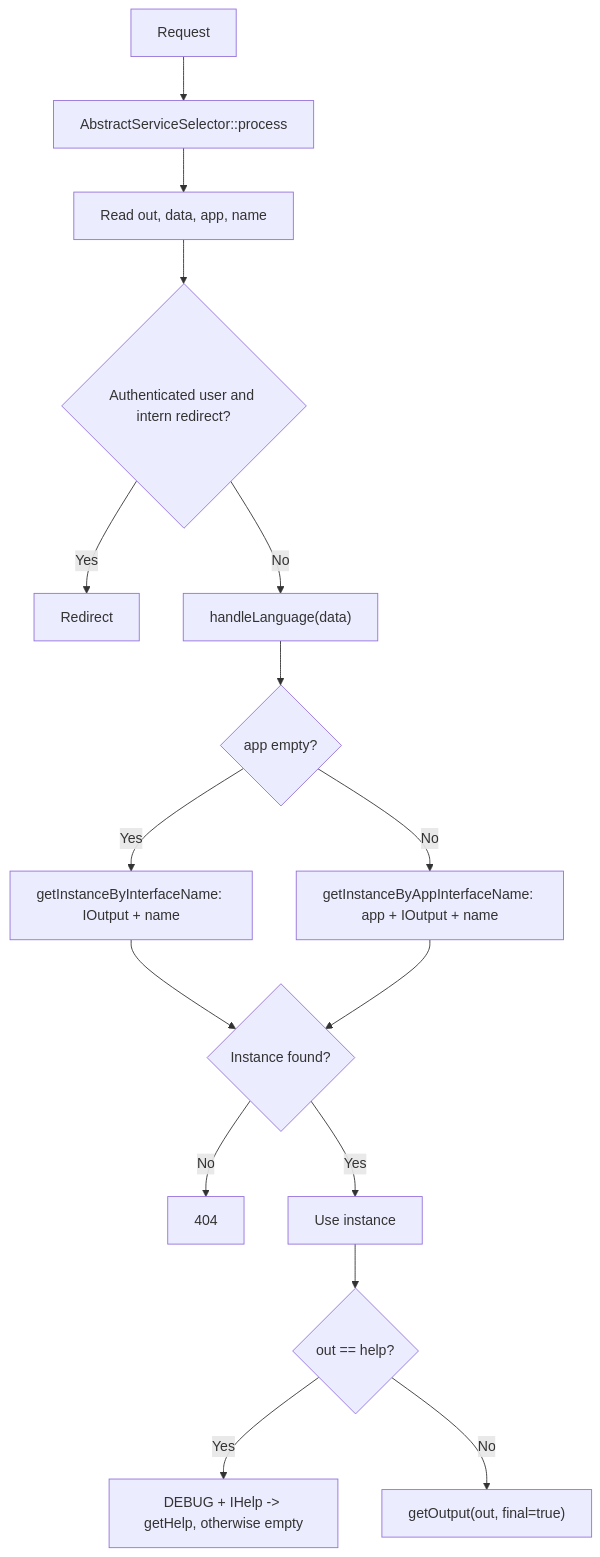
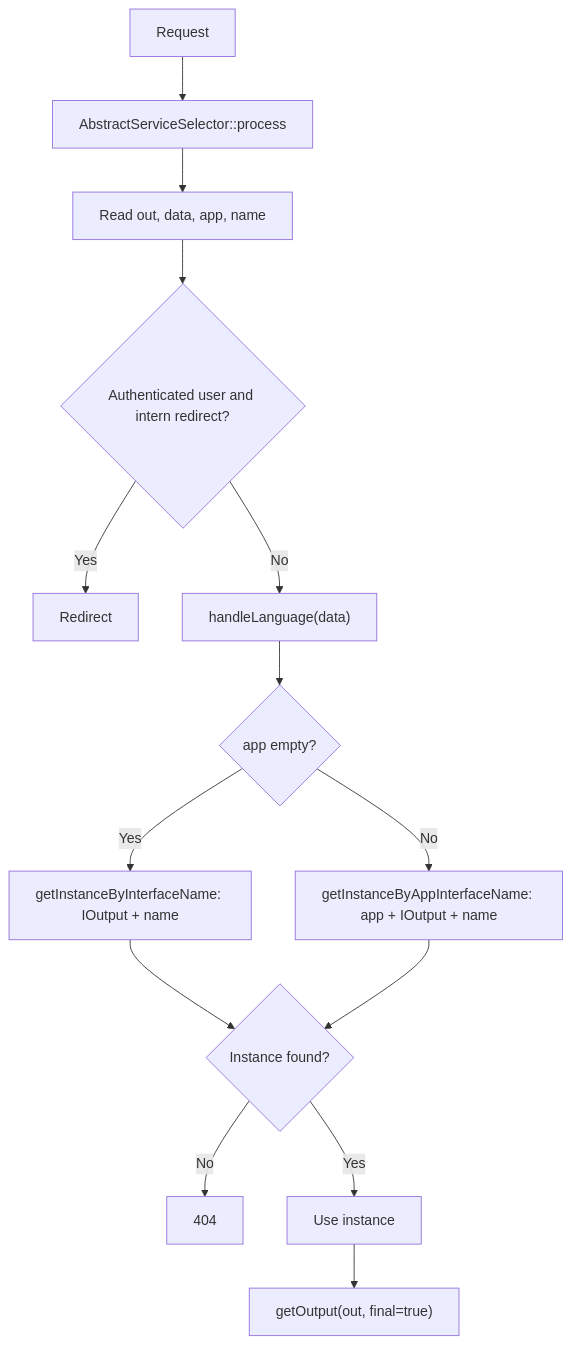
Before and after one commit to ddbase3/Base3Framework: the second of 14 diagrams in docs/routing.md, drawn with Mermaid. The commit also changed other lines of this file and 6 other files, not shown here.

````diff
--- a/docs/routing.md
+++ b/docs/routing.md
@@ -186,18 +184,16 @@
 ```mermaid
 flowchart TD
 	A["Request"] --> B["AbstractServiceSelector::process"]
 	B --> C["Read out, data, app, name"]
 	C --> D{"Authenticated user and intern redirect?"}
 	D -->|"Yes"| E["Redirect"]
 	D -->|"No"| F["handleLanguage(data)"]
 	F --> G{"app empty?"}
 	G -->|"Yes"| H["getInstanceByInterfaceName: IOutput + name"]
 	G -->|"No"| I["getInstanceByAppInterfaceName: app + IOutput + name"]
 	H --> J{"Instance found?"}
 	I --> J
 	J -->|"No"| K["404"]
 	J -->|"Yes"| L["Use instance"]
-	L --> M{"out == help?"}
-	M -->|"Yes"| N["DEBUG + IHelp -> getHelp, otherwise empty"]
-	M -->|"No"| O["getOutput(out, final=true)"]
+	L --> M["getOutput(out, final=true)"]
 ```
````
